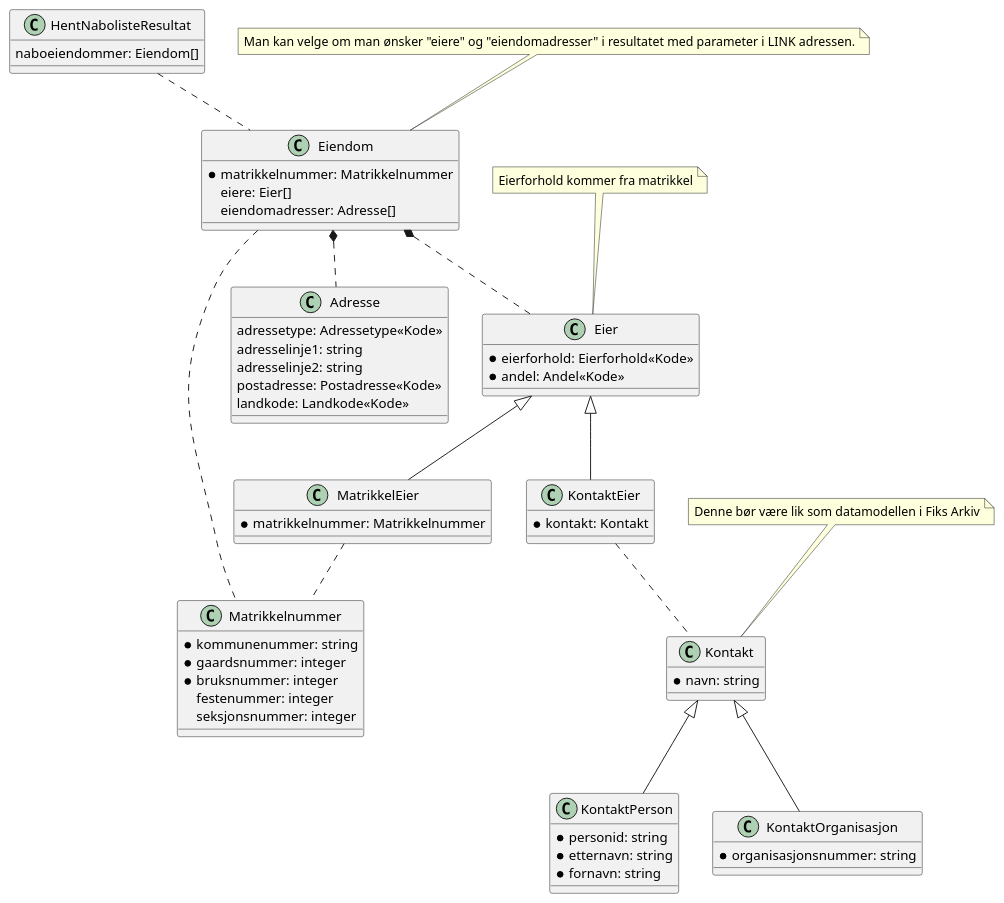
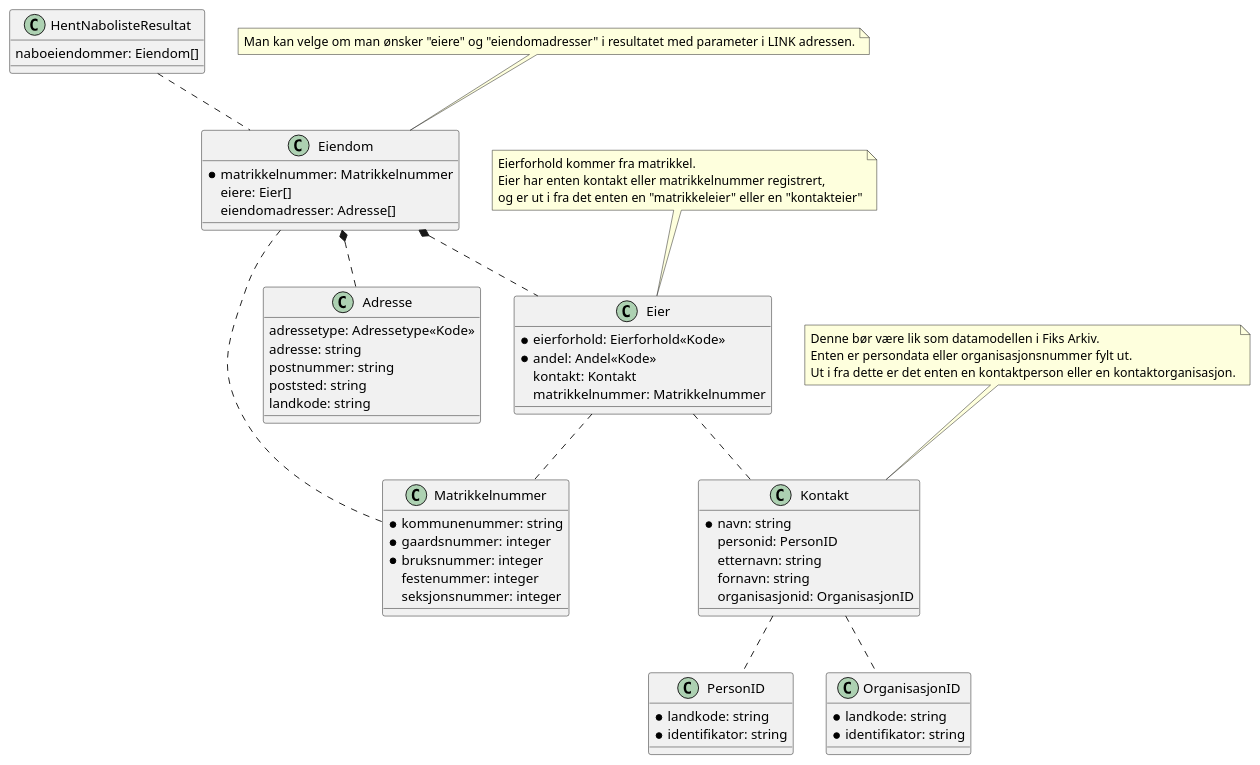
One commit to ks-no/fiks-link-specification changed the diagram in Dokumentasjon/V1/ClassDiagrams/no.ks.fiks.link.v1.innsyn.naboliste.hent.resultat/class-diagram.pu. Above: the diagram before and after it, drawn with PlantUML. The commit also changed 19 other files, not shown here.

```diff
--- a/Dokumentasjon/V1/ClassDiagrams/no.ks.fiks.link.v1.innsyn.naboliste.hent.resultat/class-diagram.pu
+++ b/Dokumentasjon/V1/ClassDiagrams/no.ks.fiks.link.v1.innsyn.naboliste.hent.resultat/class-diagram.pu
@@ -1,81 +1,75 @@
 @startuml
 class HentNabolisteResultat {
     naboeiendommer: Eiendom[]
 }
 
 HentNabolisteResultat .. Eiendom
 
 class Eiendom {
     * matrikkelnummer: Matrikkelnummer
     eiere: Eier[]
     eiendomadresser: Adresse[]
 }
 
 note top of Eiendom : Man kan velge om man ønsker "eiere" og "eiendomadresser" i resultatet med parameter i LINK adressen.
 
 
 Eiendom .. Matrikkelnummer
 
 class Matrikkelnummer {
     *kommunenummer: string
     *gaardsnummer: integer
     *bruksnummer: integer
     festenummer: integer
     seksjonsnummer: integer
 }
 
 
 Eiendom *.. Adresse
 Eiendom *.. Eier
 
 class Adresse {
     adressetype: Adressetype<<Kode>>
-    adresselinje1: string
-    adresselinje2: string
-    postadresse: Postadresse<<Kode>>
-    landkode: Landkode<<Kode>>
+    adresse: string
+    postnummer: string
+    poststed: string
+    landkode: string
 }
 
 class Eier {
     *eierforhold: Eierforhold<<Kode>>
     *andel: Andel<<Kode>>
+    kontakt: Kontakt
+    matrikkelnummer: Matrikkelnummer
 }
 
-note top of Eier : Eierforhold kommer fra matrikkel
+note top of Eier : Eierforhold kommer fra matrikkel.\nEier har enten kontakt eller matrikkelnummer registrert,\nog er ut i fra det enten en "matrikkeleier" eller en "kontakteier"
 
-class KontaktEier extends Eier
-class MatrikkelEier extends Eier
 
-class KontaktEier {
-    *kontakt: Kontakt
-}
-
-KontaktEier .. Kontakt
-
-class MatrikkelEier {
-    *matrikkelnummer: Matrikkelnummer
-}
-
-MatrikkelEier .. Matrikkelnummer
+Eier .. Kontakt
+Eier .. Matrikkelnummer
 
 class Kontakt {
     *navn: string
+    personid: PersonID
+    etternavn: string
+    fornavn: string
+    organisasjonid: OrganisasjonID
 }
 
-note top of Kontakt : Denne bør være lik som datamodellen i Fiks Arkiv
+Kontakt .. PersonID
+Kontakt .. OrganisasjonID
 
-class KontaktPerson {
-    *personid: string
-    *etternavn: string
-    *fornavn: string
+class PersonID {
+    *landkode: string
+    *identifikator: string
 }
 
-
-class KontaktOrganisasjon {
-    *organisasjonsnummer: string
+class OrganisasjonID {
+    *landkode: string
+    *identifikator: string
 }
 
-class KontaktPerson extends Kontakt
-class KontaktOrganisasjon extends Kontakt
+note top of Kontakt : Denne bør være lik som datamodellen i Fiks Arkiv.\nEnten er persondata eller organisasjonsnummer fylt ut.\nUt i fra dette er det enten en kontaktperson eller en kontaktorganisasjon.
 
 @enduml
```
